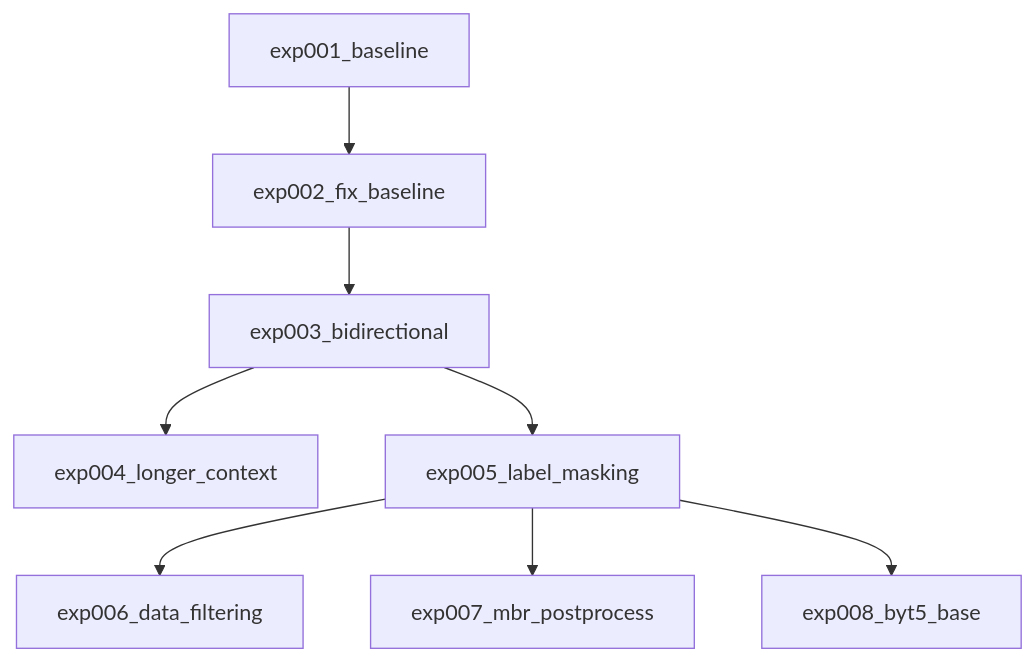
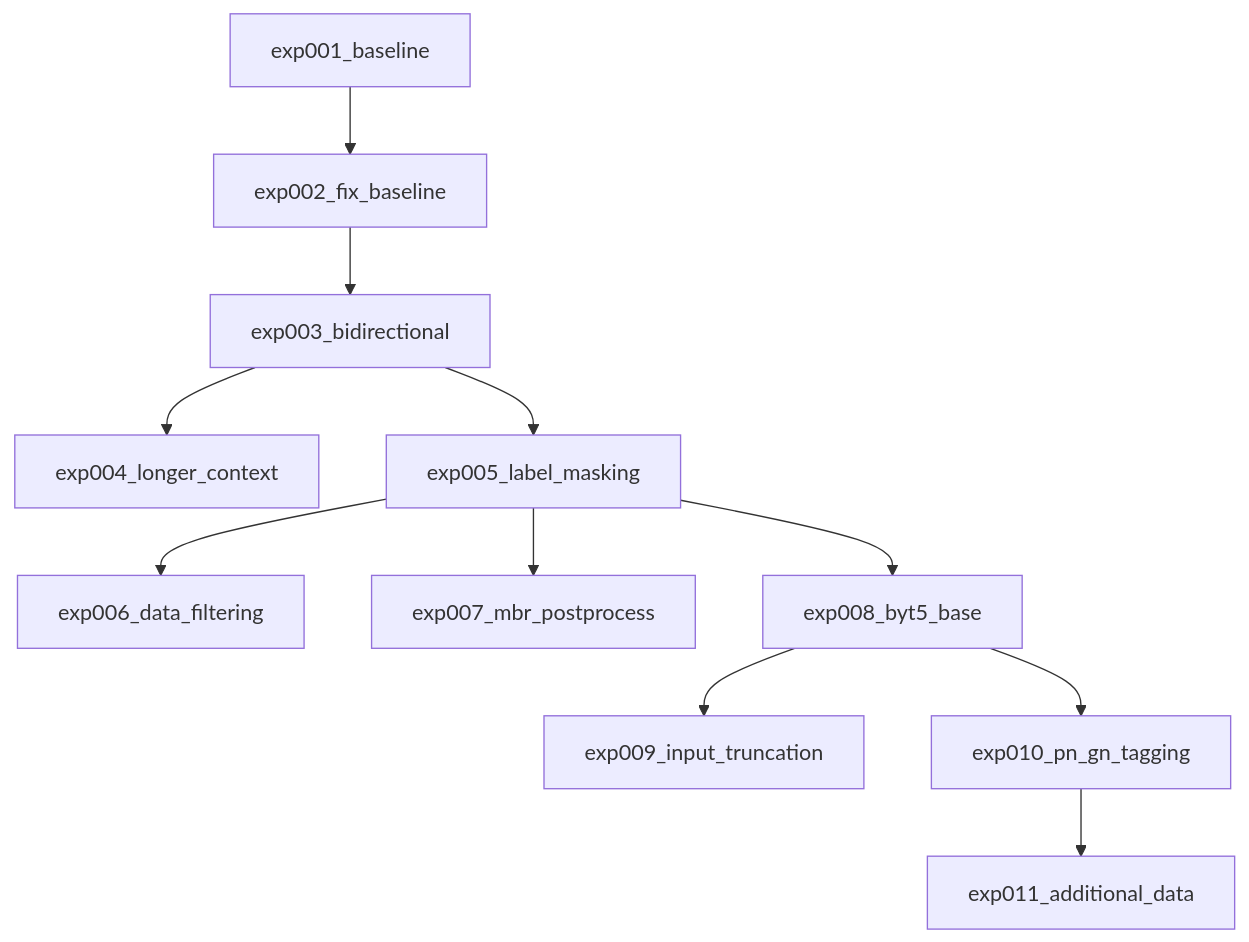
One commit to root4kaido/Akkadian changed the diagram in workspace/experiment_summary.md. Above: the diagram before and after it, drawn with Mermaid. The commit also changed other lines of this file and 25 other files, not shown here.

````diff
--- a/workspace/experiment_summary.md
+++ b/workspace/experiment_summary.md
@@ -5,11 +5,14 @@
 ```mermaid
 graph TD
     exp001[exp001_baseline]
     exp001 --> exp002[exp002_fix_baseline]
     exp002 --> exp003[exp003_bidirectional]
     exp003 --> exp004[exp004_longer_context]
     exp003 --> exp005[exp005_label_masking]
     exp005 --> exp006[exp006_data_filtering]
     exp005 --> exp007[exp007_mbr_postprocess]
     exp005 --> exp008[exp008_byt5_base]
+    exp008 --> exp009[exp009_input_truncation]
+    exp008 --> exp010[exp010_pn_gn_tagging]
+    exp010 --> exp011[exp011_additional_data]
 ```
````
